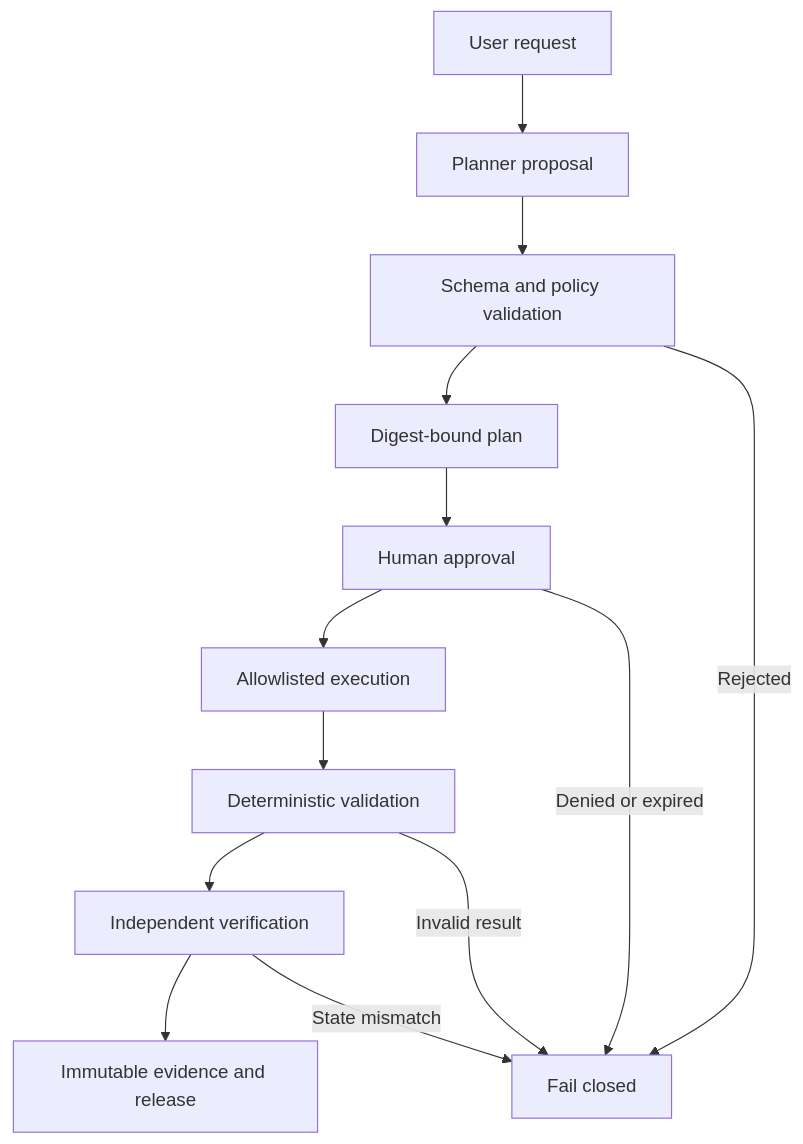
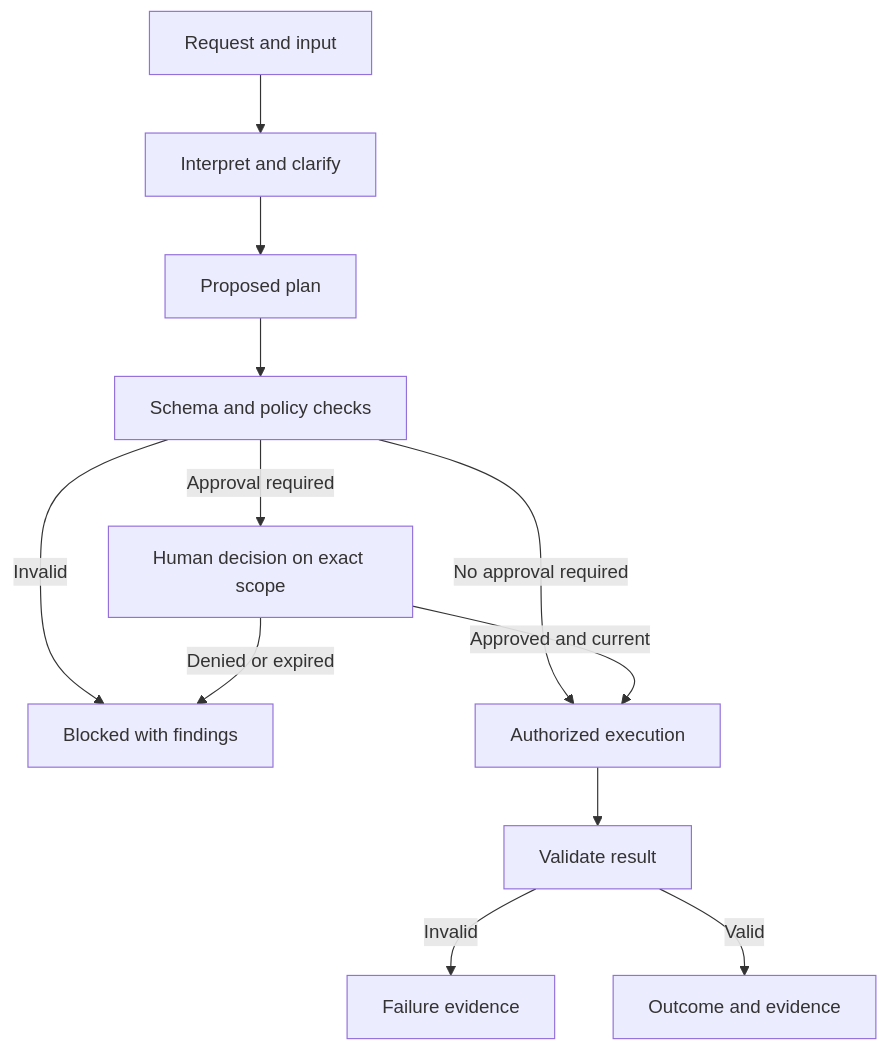
One commit to wanggiya/action-charter changed the first of 2 diagrams in README.md. Above: the diagram before and after it, drawn with Mermaid. The commit also changed other lines of this file and 54 other files, not shown here.

````diff
--- a/README.md
+++ b/README.md
@@ -115,15 +33,14 @@
 ```mermaid
 flowchart TD
-    A["User request"] --> B["Planner proposal"]
-    B --> C["Schema and policy validation"]
-    C --> D["Digest-bound plan"]
-    D --> E["Human approval"]
-    E --> F["Allowlisted execution"]
-    F --> G["Deterministic validation"]
-    G --> H["Independent verification"]
-    H --> I["Immutable evidence and release"]
-    C -->|Rejected| X["Fail closed"]
-    E -->|Denied or expired| X
-    G -->|Invalid result| X
-    H -->|State mismatch| X
+    R["Request and input"] --> I["Interpret and clarify"]
+    I --> P["Proposed plan"]
+    P --> C["Schema and policy checks"]
+    C -->|Invalid| B["Blocked with findings"]
+    C -->|Approval required| H["Human decision on exact scope"]
+    C -->|No approval required| E["Authorized execution"]
+    H -->|Approved and current| E
+    H -->|Denied or expired| B
+    E --> V["Validate result"]
+    V -->|Invalid| F["Failure evidence"]
+    V -->|Valid| O["Outcome and evidence"]
 ```
````
